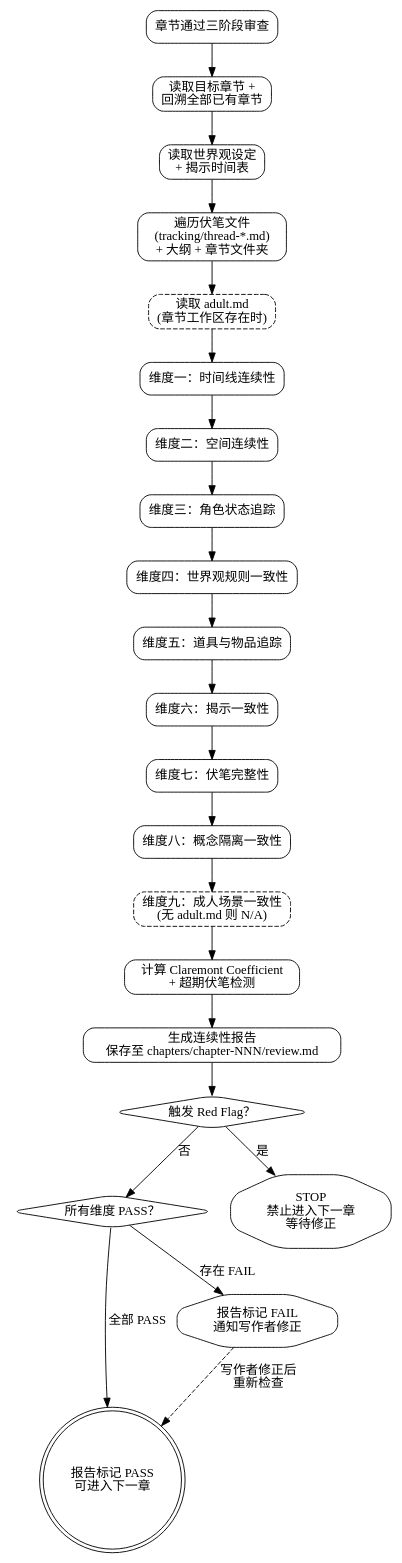
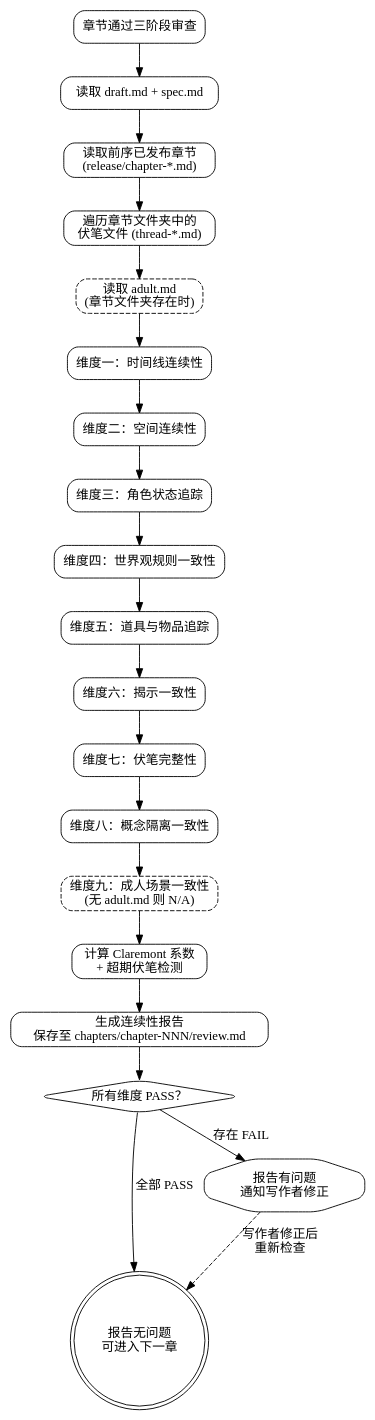
The first of 3 diagrams in skills/dp-review-consistency/SKILL.md (skyfiredao/dreampowers), drawn with Graphviz before and after one commit. The commit also changed other lines of this file and 16 other files, not shown here.

````diff
--- a/skills/dp-review-consistency/SKILL.md
+++ b/skills/dp-review-consistency/SKILL.md
@@ -273,42 +229,38 @@
 ```dot
 digraph continuity_checking {
     rankdir=TB;
     node [shape=box, style=rounded, fontname="PingFang SC"];
 
     start [label="章节通过三阶段审查"];
-    read_ch [label="读取目标章节 +\n回溯全部已有章节"];
-    read_set [label="读取世界观设定\n+ 揭示时间表"];
-    read_tracking [label="遍历伏笔文件\n(tracking/thread-*.md)\n+ 大纲 + 章节文件夹"];
-    read_adult [label="读取 adult.md\n(章节工作区存在时)" shape=box style="rounded,dashed"];
+    read_draft [label="读取 draft.md + spec.md"];
+    read_prev [label="读取前序已发布章节\n(release/chapter-*.md)"];
+    read_tracking [label="遍历章节文件夹中的\n伏笔文件 (thread-*.md)"];
+    read_adult [label="读取 adult.md\n(章节文件夹存在时)" shape=box style="rounded,dashed"];
 
     d1 [label="维度一：时间线连续性"];
     d2 [label="维度二：空间连续性"];
     d3 [label="维度三：角色状态追踪"];
     d4 [label="维度四：世界观规则一致性"];
     d5 [label="维度五：道具与物品追踪"];
     d6 [label="维度六：揭示一致性"];
     d7 [label="维度七：伏笔完整性"];
     d8 [label="维度八：概念隔离一致性"];
     d9 [label="维度九：成人场景一致性\n(无 adult.md 则 N/A)" style="rounded,dashed"];
 
-    cc [label="计算 Claremont Coefficient\n+ 超期伏笔检测"];
+    cc [label="计算 Claremont 系数\n+ 超期伏笔检测"];
     report [label="生成连续性报告\n保存至 chapters/chapter-NNN/review.md"];
 
     check_result [label="所有维度 PASS？" shape=diamond];
-    all_pass [label="报告标记 PASS\n可进入下一章" shape=doublecircle];
-    has_fail [label="报告标记 FAIL\n通知写作者修正" shape=octagon];
-    redflag [label="触发 Red Flag？" shape=diamond];
-    stop [label="STOP\n禁止进入下一章\n等待修正" shape=octagon];
+    all_pass [label="报告无问题\n可进入下一章" shape=doublecircle];
+    has_fail [label="报告有问题\n通知写作者修正" shape=octagon];
 
-    start -> read_ch -> read_set -> read_tracking -> read_adult;
+    start -> read_draft -> read_prev -> read_tracking -> read_adult;
     read_adult -> d1 -> d2 -> d3 -> d4 -> d5 -> d6 -> d7;
     d7 -> d8 -> d9;
     d9 -> cc -> report;
-    report -> redflag;
-    redflag -> stop [label="是"];
-    redflag -> check_result [label="否"];
+    report -> check_result;
     check_result -> all_pass [label="全部 PASS"];
     check_result -> has_fail [label="存在 FAIL"];
     has_fail -> all_pass [label="写作者修正后\n重新检查", style=dashed];
 }
 ```
````
